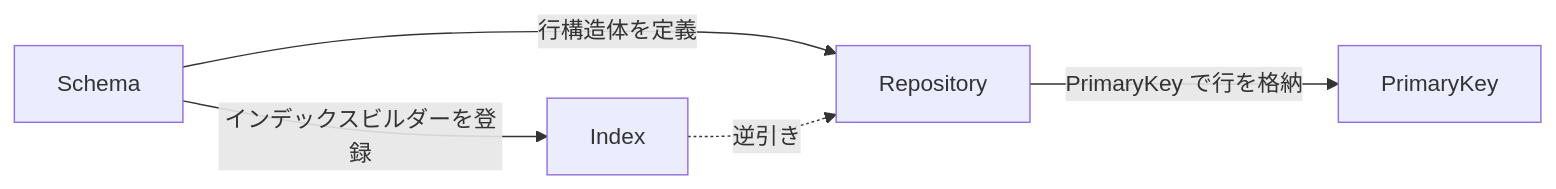
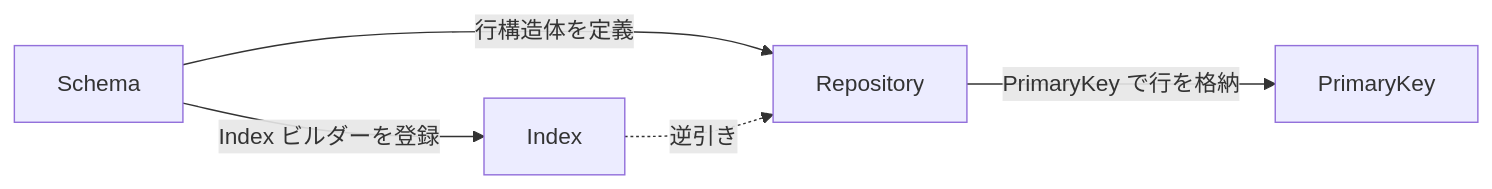
One commit to koorinonaka/DataIndexerProject changed the diagram in docs/docs/concepts/index.ja.md. Above: the diagram before and after it, drawn with Mermaid. The commit also changed other lines of this file and 27 other files, not shown here.

````diff
--- a/docs/docs/concepts/index.ja.md
+++ b/docs/docs/concepts/index.ja.md
@@ -5,7 +5,7 @@
 ```mermaid
 flowchart LR
     Schema -->|行構造体を定義| Repository
-    Schema -->|インデックスビルダーを登録| Index
+    Schema -->|Index ビルダーを登録| Index
     Repository -->|PrimaryKey で行を格納| PrimaryKey
     Index -.->|逆引き| Repository
 ```
````
